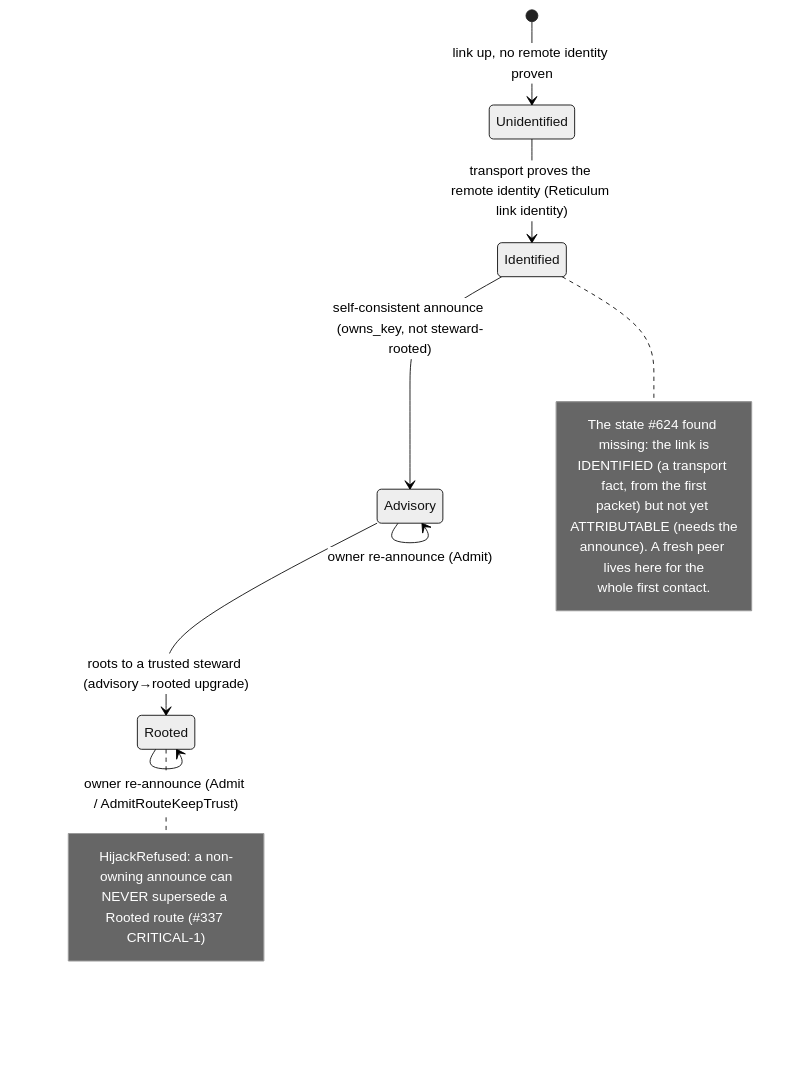
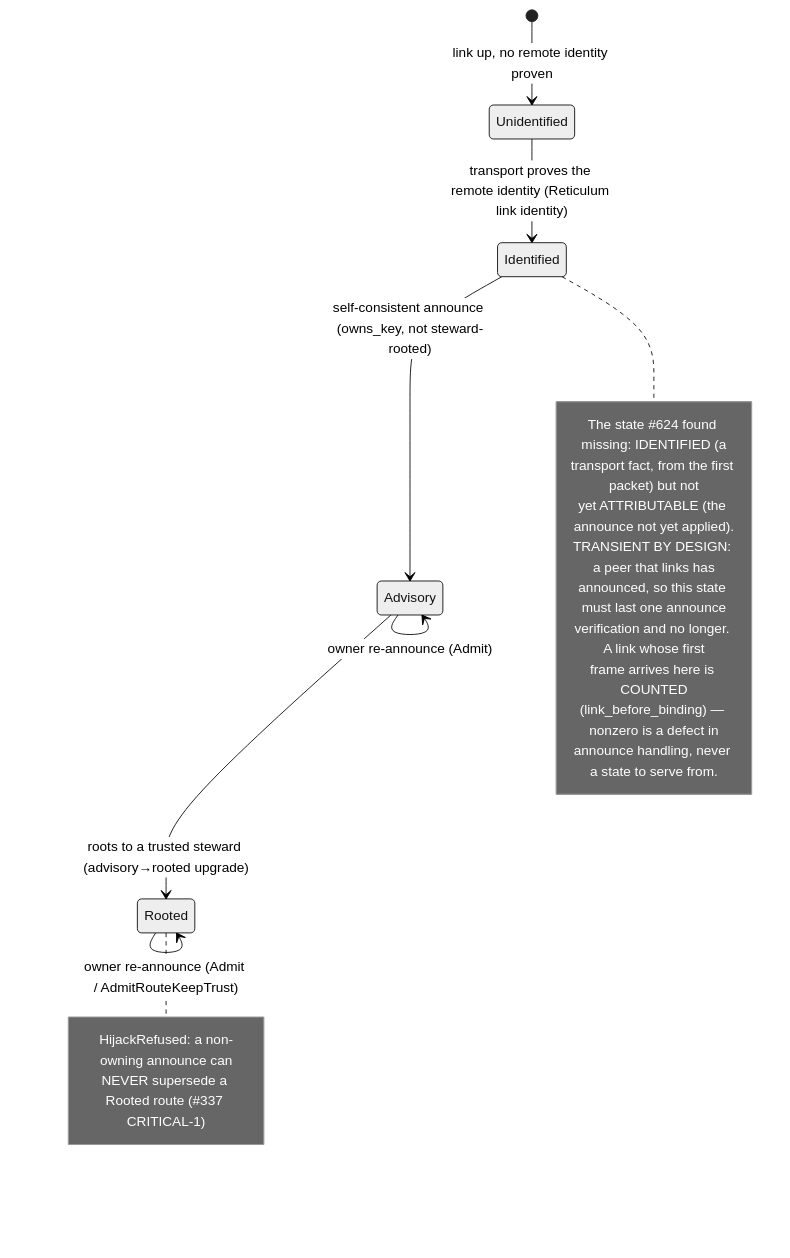
One commit to CIRISAI/CIRISEdge changed the third of 3 diagrams in FSD/CIRIS_EDGE_TRANSPORT.md. Above: the diagram before and after it, drawn with Mermaid (neutral theme). The commit also changed other lines of this file, not shown here.

Commit message:
docs(624): 'identified, announce pending' is a bounded, counted transient — not a design state
Operator's ruling: if we are linking, we announced. The row stays (the last-resort door is
keyed on it) but is stated as a transient bounded by one announce verification, with
link_before_binding as the counter that must read zero.

Claude-Session: https://claude.ai/code/session_01GLATGXybNAg7sGLqSgM2Jm

````diff
--- a/FSD/CIRIS_EDGE_TRANSPORT.md
+++ b/FSD/CIRIS_EDGE_TRANSPORT.md
@@ -379,20 +379,24 @@
 ```mermaid
 stateDiagram-v2
     [*] --> Unidentified: link up, no remote identity proven
     Unidentified --> Identified: transport proves the remote identity (Reticulum link identity)
     Identified --> Advisory: self-consistent announce (owns_key, not steward-rooted)
     Advisory --> Rooted: roots to a trusted steward (advisory→rooted upgrade)
     Rooted --> Rooted: owner re-announce (Admit / AdmitRouteKeepTrust)
     Advisory --> Advisory: owner re-announce (Admit)
     note right of Identified
-        The state #624 found missing: the link is
-        IDENTIFIED (a transport fact, from the first
-        packet) but not yet ATTRIBUTABLE (needs the
-        announce). A fresh peer lives here for the
-        whole first contact.
+        The state #624 found missing: IDENTIFIED (a
+        transport fact, from the first packet) but not
+        yet ATTRIBUTABLE (the announce not yet applied).
+        TRANSIENT BY DESIGN: a peer that links has
+        announced, so this state must last one announce
+        verification and no longer. A link whose first
+        frame arrives here is COUNTED
+        (link_before_binding) — nonzero is a defect in
+        announce handling, never a state to serve from.
     end note
     note right of Rooted
         HijackRefused: a non-owning announce can
         NEVER supersede a Rooted route (#337 CRITICAL-1)
     end note
 ```
````
